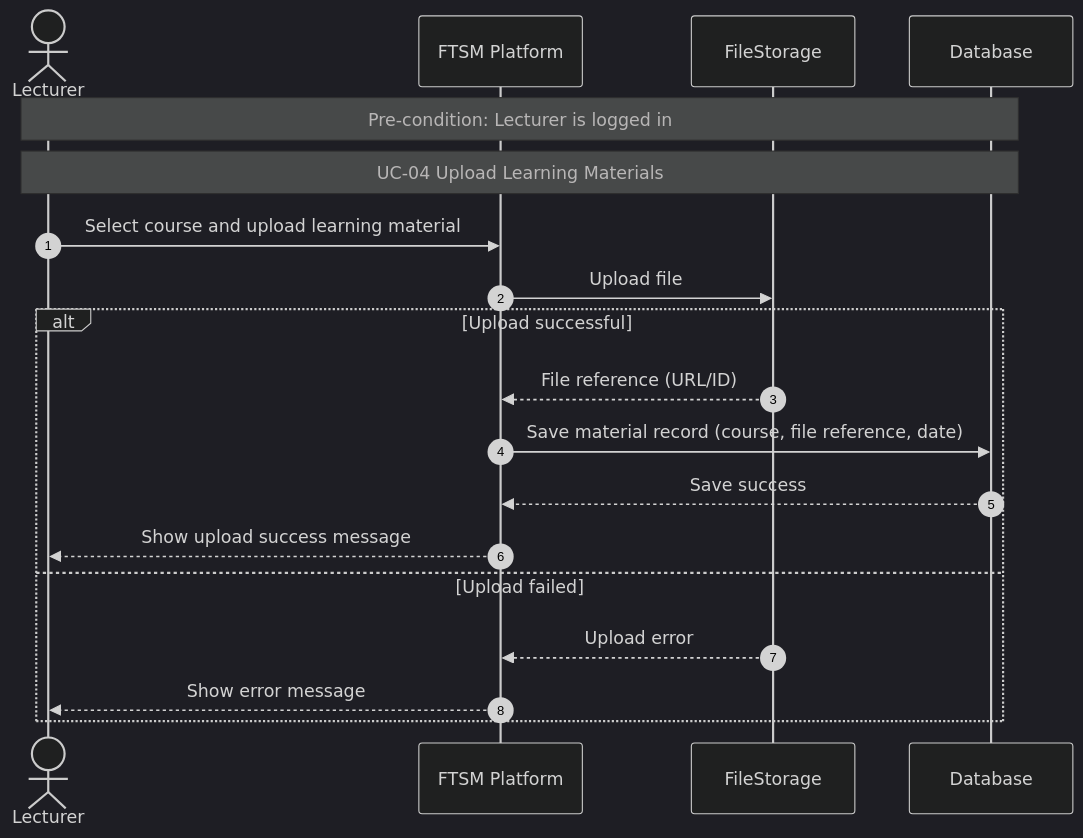
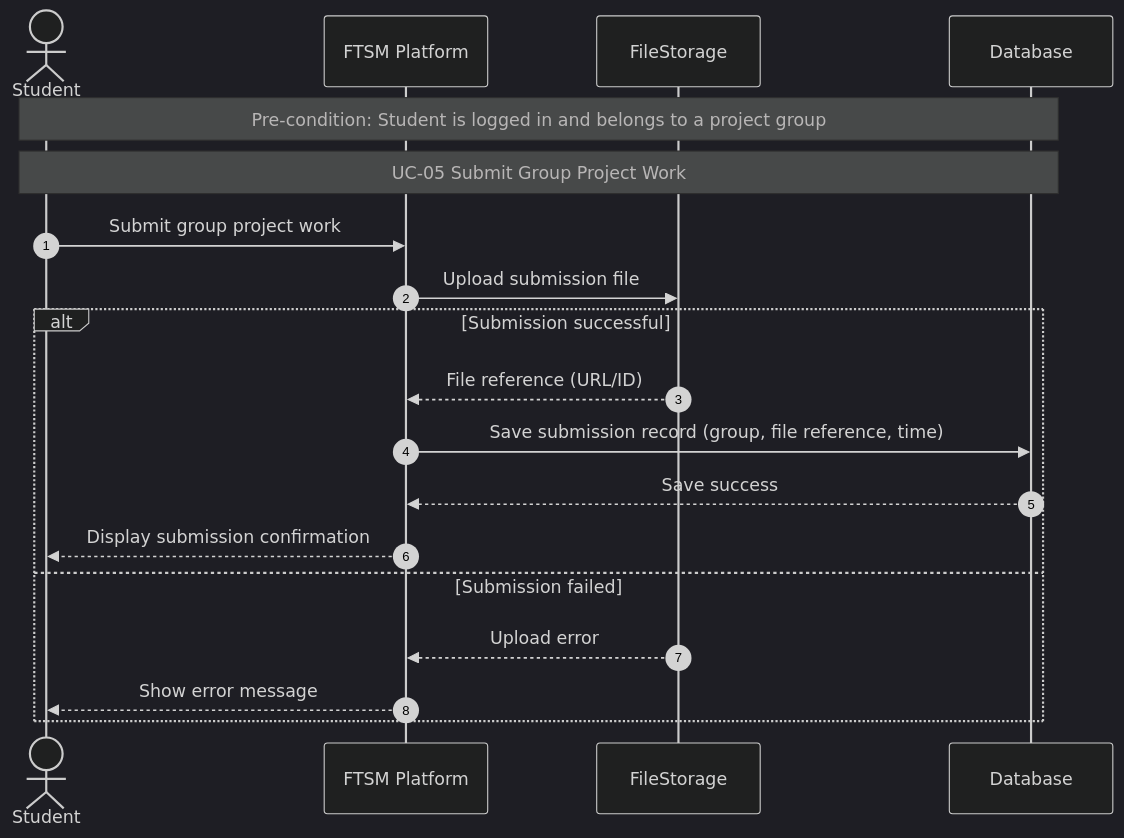
The diagram in all/未命名-1.md (Lifantastic-O/iodraw-files), drawn with Mermaid (dark theme) before and after one commit.

Commit message:
2025-12-18 17:43:45 update

````diff
--- a/all/未命名-1.md
+++ b/all/未命名-1.md
@@ -1,25 +1,25 @@
 ```mermaid
 sequenceDiagram
 autonumber
-actor Lecturer
+actor Student
 participant System as FTSM Platform
 participant Storage as FileStorage
 participant DB as Database
 
-Note over Lecturer,DB: Pre-condition: Lecturer is logged in
-Note over Lecturer,DB: UC-04 Upload Learning Materials
+Note over Student,DB: Pre-condition: Student is logged in and belongs to a project group
+Note over Student,DB: UC-05 Submit Group Project Work
 
-Lecturer->>System: Select course and upload learning material
-System->>Storage: Upload file
+Student->>System: Submit group project work
+System->>Storage: Upload submission file
 
-alt Upload successful
+alt Submission successful
 Storage-->>System: File reference (URL/ID)
-System->>DB: Save material record (course, file reference, date)
+System->>DB: Save submission record (group, file reference, time)
 DB-->>System: Save success
-System-->>Lecturer: Show upload success message
-else Upload failed
+System-->>Student: Display submission confirmation
+else Submission failed
 Storage-->>System: Upload error
-System-->>Lecturer: Show error message
+System-->>Student: Show error message
 end
 
 ```
````
